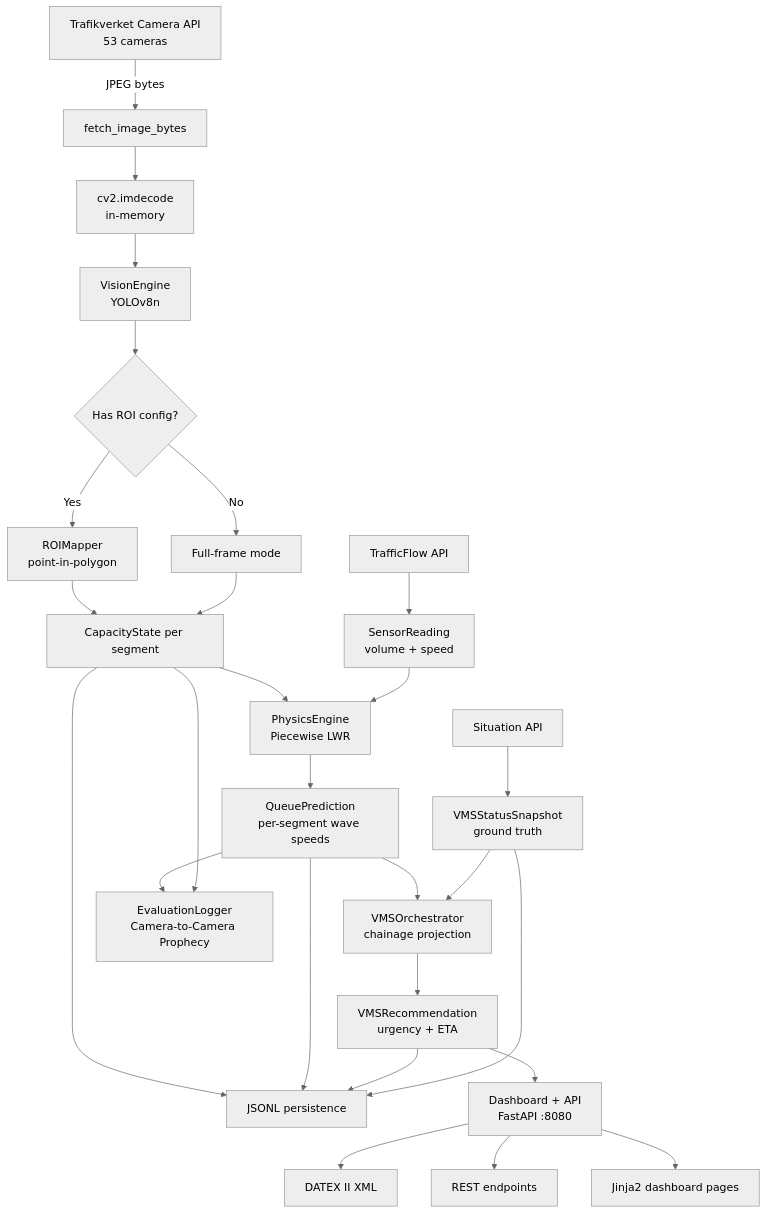
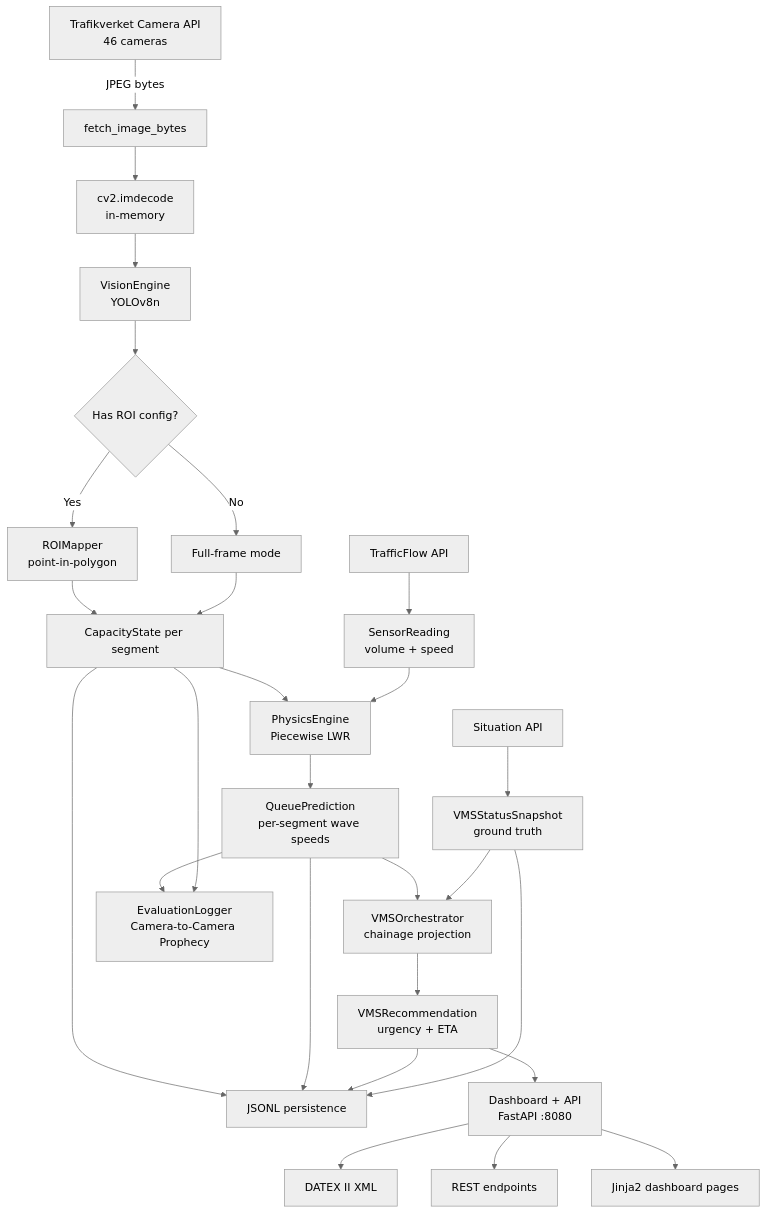
Before and after one commit to ckielberg-stack/Proactive-Traffic-Routing-Engine: the diagram in docs/handoff.md, drawn with Mermaid (neutral theme). The commit also changed other lines of this file and 4 other files, not shown here.

````diff
--- a/docs/handoff.md
+++ b/docs/handoff.md
@@ -374,34 +374,34 @@
 ```mermaid
 flowchart TD
-    A[Trafikverket Camera API<br/>53 cameras] -->|JPEG bytes| B[fetch_image_bytes]
+    A[Trafikverket Camera API<br/>46 cameras] -->|JPEG bytes| B[fetch_image_bytes]
     B --> C[cv2.imdecode<br/>in-memory]
     C --> D[VisionEngine<br/>YOLOv8n]
     D --> E{Has ROI config?}
     E -->|Yes| F[ROIMapper<br/>point-in-polygon]
     E -->|No| G[Full-frame mode]
     F --> H[CapacityState per segment]
     G --> H
 
     I[TrafficFlow API] --> J[SensorReading<br/>volume + speed]
     K[Situation API] --> L[VMSStatusSnapshot<br/>ground truth]
 
     H --> M[PhysicsEngine<br/>Piecewise LWR]
     J --> M
     M --> N[QueuePrediction<br/>per-segment wave speeds]
     N --> O[VMSOrchestrator<br/>chainage projection]
     L --> O
     O --> P[VMSRecommendation<br/>urgency + ETA]
 
     N --> V[EvaluationLogger<br/>Camera-to-Camera Prophecy]
     H --> V
 
     H --> Q[JSONL persistence]
     N --> Q
     P --> Q
     L --> Q
 
     P --> R[Dashboard + API<br/>FastAPI :8080]
     R --> S[DATEX II XML]
     R --> T[REST endpoints]
     R --> U[Jinja2 dashboard pages]
 ```
````
